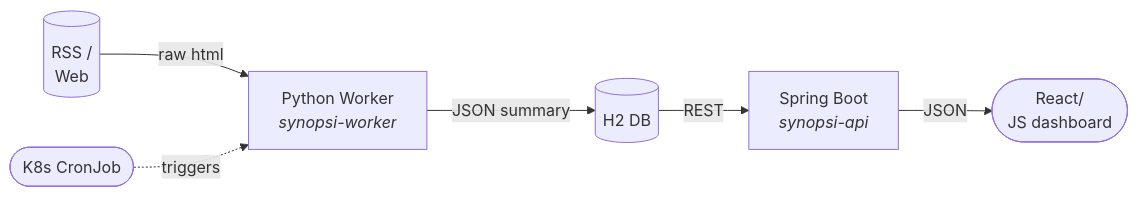
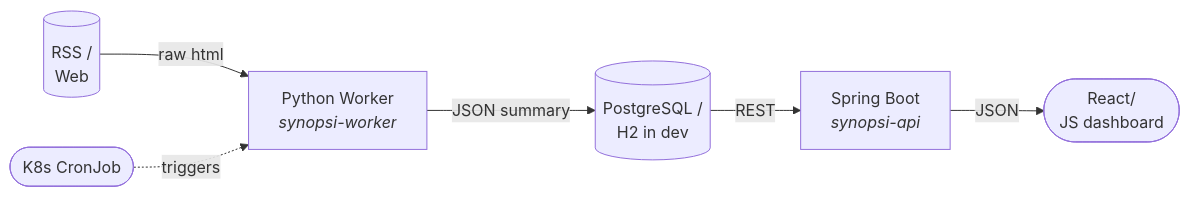
The diagram in README.md (HakAl/synopsi), drawn with Mermaid before and after one commit. The commit also changed other lines of this file and 8 other files, not shown here.

First line of the commit message:
Run on PostgreSQL with Flyway, keep H2 for dev and tests

````diff
--- a/README.md
+++ b/README.md
@@ -14,8 +14,8 @@
 ```mermaid
 graph LR
     A[(RSS /<br/>Web)] -->|raw html| B[Python Worker<br/><i>synopsi-worker</i>]
-    B -->|JSON summary| C[(H2 DB)]
+    B -->|JSON summary| C[(PostgreSQL /<br/>H2 in dev)]
     C -->|REST| D[Spring Boot<br/><i>synopsi-api</i>]
     D -->|JSON| E([React/<br/>JS dashboard])
     F([K8s CronJob]) -.->|triggers| B
 ```
````
